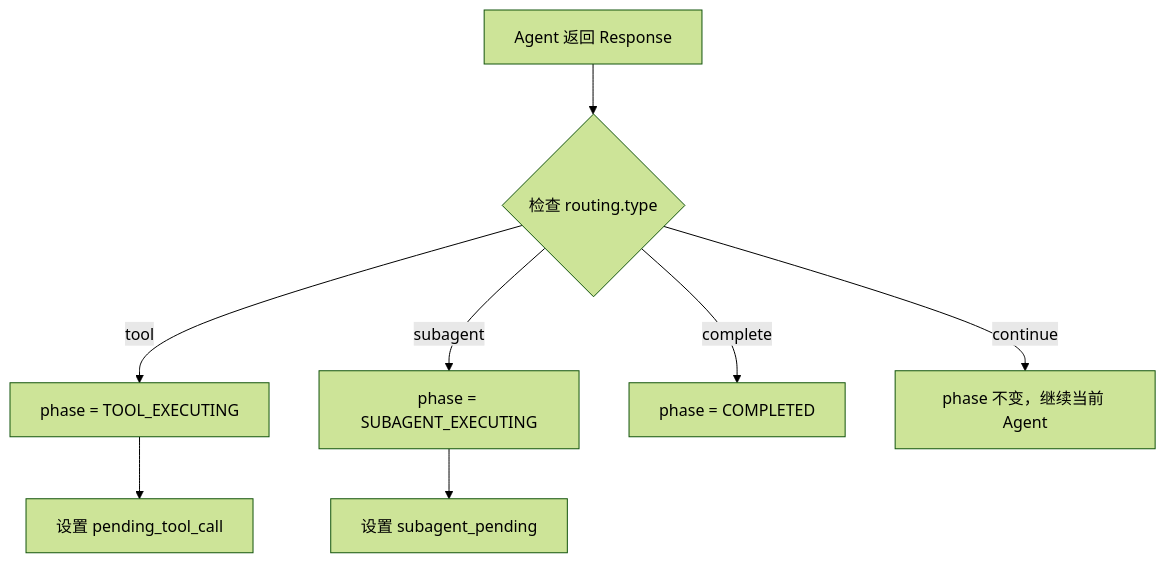
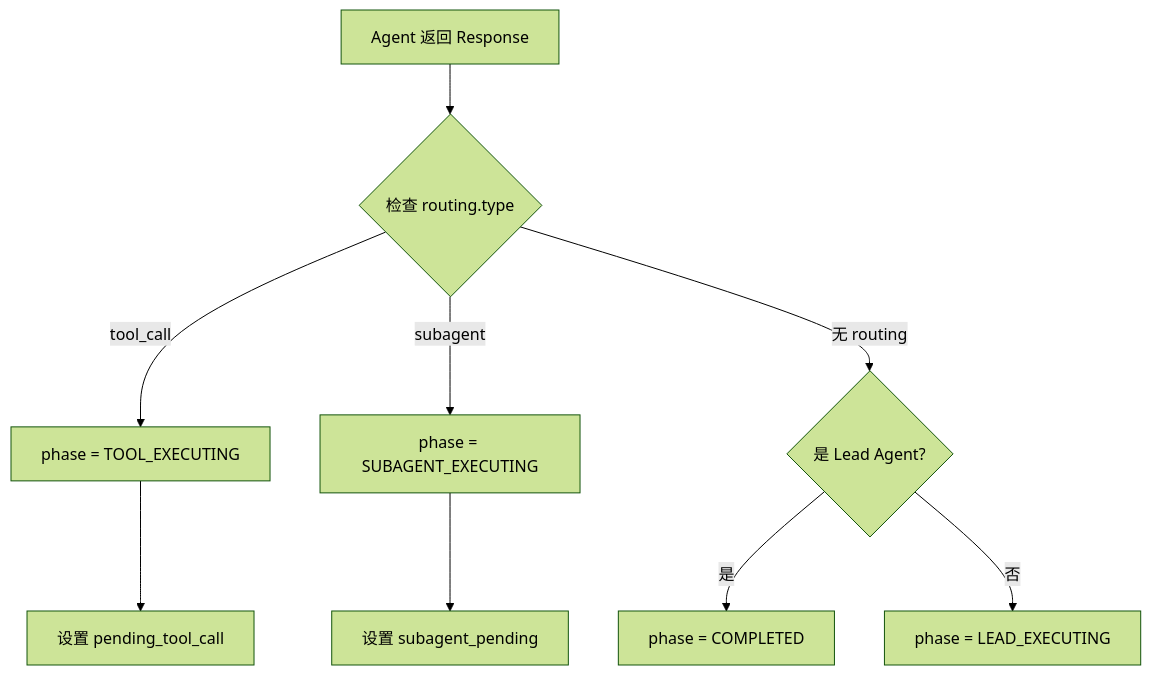
Before and after one commit to Neutrino1998/artifact-flow: the first of 2 diagrams in docs/architecture/core.md, drawn with Mermaid (forest theme). The commit also changed other lines of this file and 5 other files, not shown here.

````diff
--- a/docs/architecture/core.md
+++ b/docs/architecture/core.md
@@ -81,10 +100,11 @@
 ```mermaid
 flowchart TD
     A[Agent 返回 Response] --> B{检查 routing.type}
-    B -->|tool| C[phase = TOOL_EXECUTING]
+    B -->|tool_call| C[phase = TOOL_EXECUTING]
     B -->|subagent| D[phase = SUBAGENT_EXECUTING]
-    B -->|complete| E[phase = COMPLETED]
-    B -->|continue| F[phase 不变，继续当前 Agent]
-    C --> G[设置 pending_tool_call]
-    D --> H[设置 subagent_pending]
+    B -->|无 routing| E{是 Lead Agent?}
+    E -->|是| F[phase = COMPLETED]
+    E -->|否| G[phase = LEAD_EXECUTING]
+    C --> H[设置 pending_tool_call]
+    D --> I[设置 subagent_pending]
 ```
````
